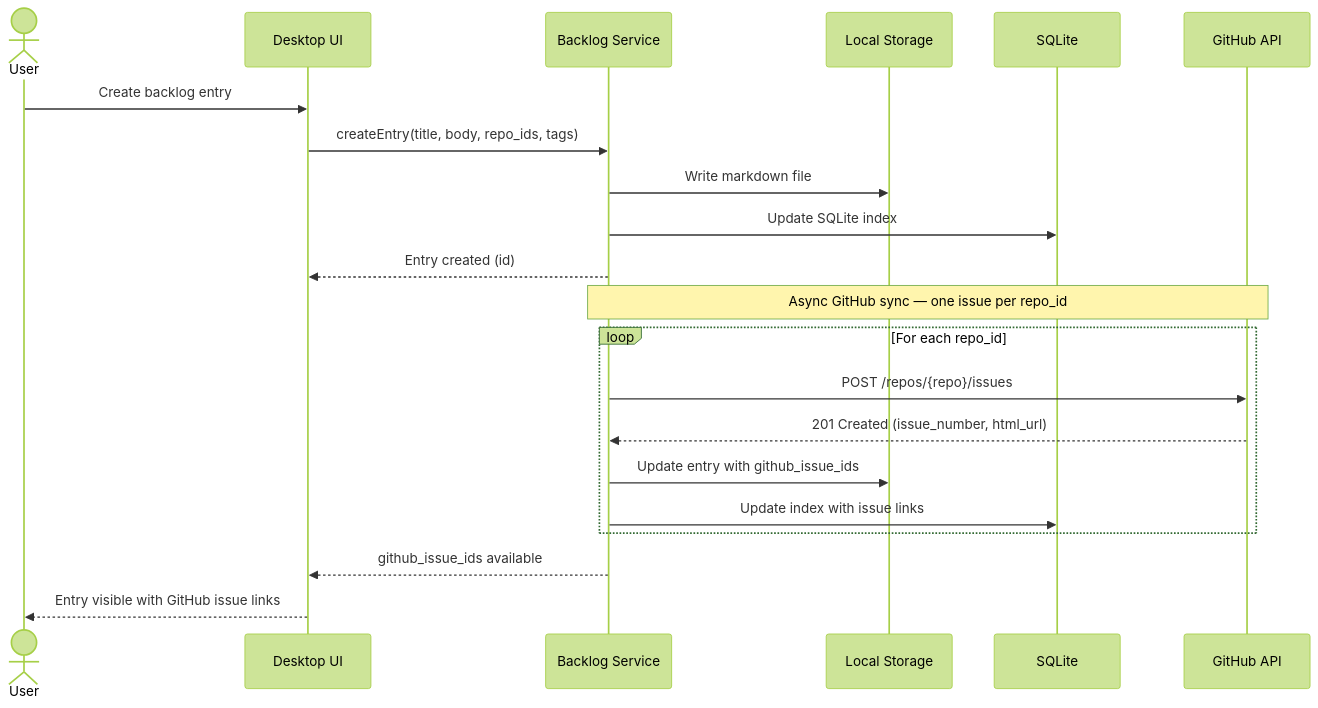
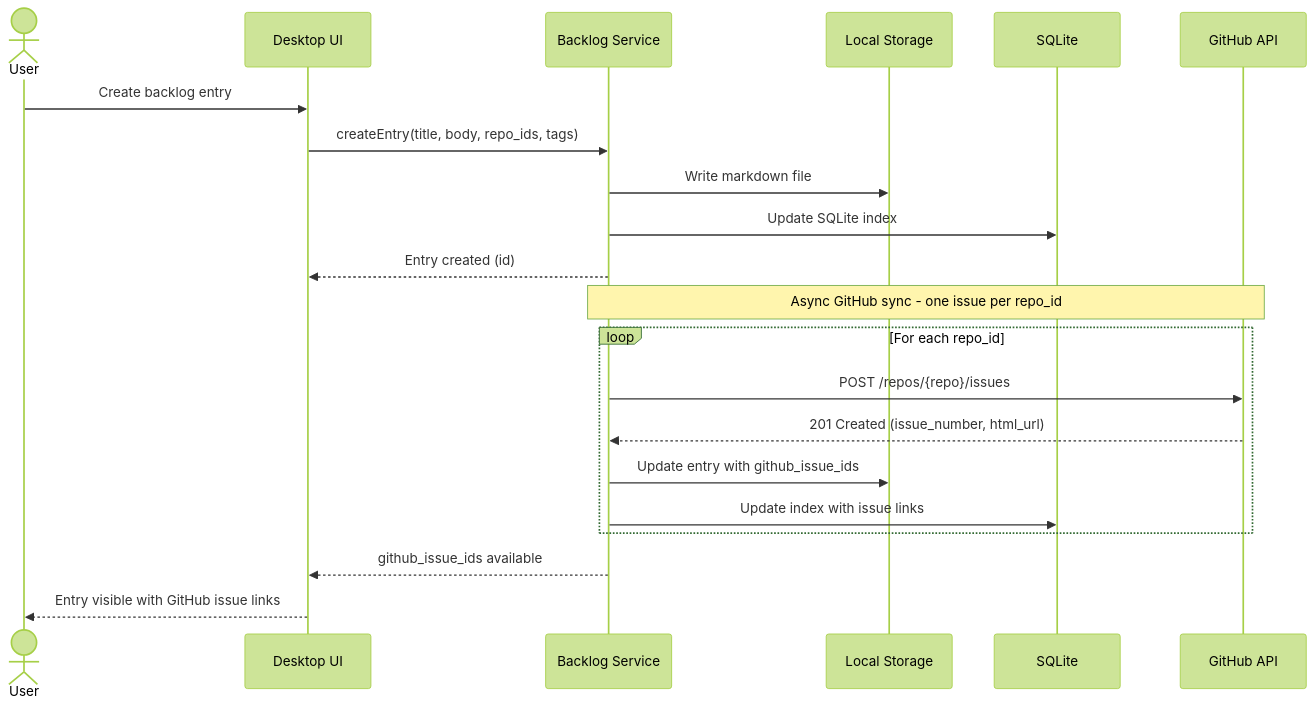
One commit to JSdotNet/Backlog changed the first of 7 diagrams in .arc42/06-runtime-view.md. Above: the diagram before and after it, drawn with Mermaid (forest theme). The commit also changed other lines of this file and 2 other files, not shown here.

````diff
--- a/.arc42/06-runtime-view.md
+++ b/.arc42/06-runtime-view.md
@@ -21,26 +21,26 @@
 ```mermaid
 sequenceDiagram
     actor User
     participant UI as Desktop UI
     participant Backlog as Backlog Service
     participant Store as Local Storage
     participant DB as SQLite
     participant GitHub as GitHub API
 
     User->>UI: Create backlog entry
     UI->>Backlog: createEntry(title, body, repo_ids, tags)
     Backlog->>Store: Write markdown file
     Backlog->>DB: Update SQLite index
     Backlog-->>UI: Entry created (id)
 
-    Note over Backlog,GitHub: Async GitHub sync — one issue per repo_id
+    Note over Backlog,GitHub: Async GitHub sync - one issue per repo_id
     loop For each repo_id
         Backlog->>GitHub: POST /repos/{repo}/issues
         GitHub-->>Backlog: 201 Created (issue_number, html_url)
         Backlog->>Store: Update entry with github_issue_ids
         Backlog->>DB: Update index with issue links
     end
 
     Backlog-->>UI: github_issue_ids available
     UI-->>User: Entry visible with GitHub issue links
 ```
````
